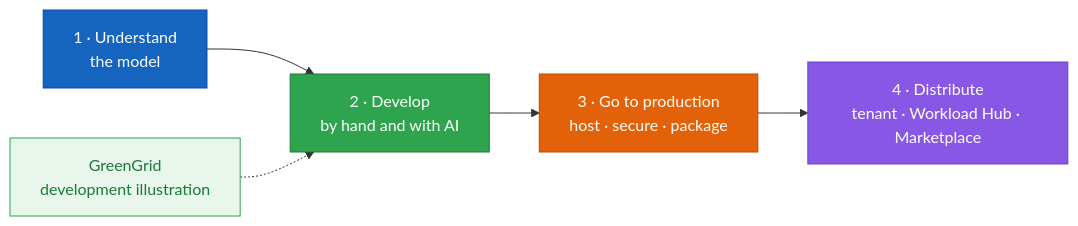
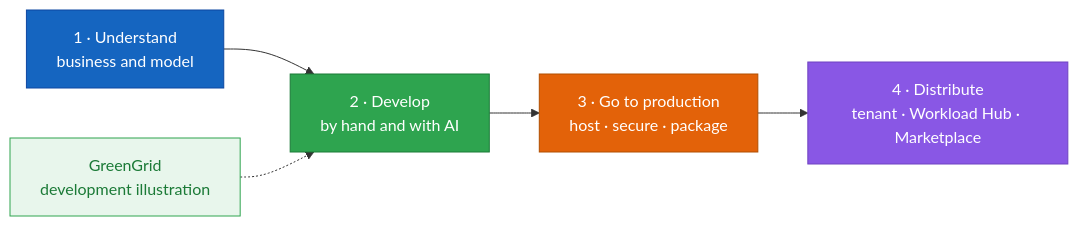
Before and after one commit to fredgis/BookWorkload: the diagram in README.md, drawn with Mermaid. The commit also changed other lines of this file and 7 other files, not shown here.

````diff
--- a/README.md
+++ b/README.md
@@ -38,19 +43,19 @@
 ```mermaid
 flowchart LR
-  U["1 · Understand<br/>the model"]
+  U["1 · Understand<br/>business and model"]
   D["2 · Develop<br/>by hand and with AI"]
   P["3 · Go to production<br/>host · secure · package"]
   X["4 · Distribute<br/>tenant · Workload Hub · Marketplace"]
   U --> D --> P --> X
   GG["GreenGrid<br/>development illustration"] -.-> D
   classDef u fill:#1565c0,stroke:#0d47a1,color:#fff;
   classDef d fill:#2ea44f,stroke:#1b7a37,color:#fff;
   classDef p fill:#e36209,stroke:#b14e00,color:#fff;
   classDef x fill:#8957e5,stroke:#6f42c1,color:#fff;
   classDef s fill:#e8f6ec,stroke:#2ea44f,color:#1b7a37;
   class U u
   class D d
   class P p
   class X x
   class GG s
 ```
````
